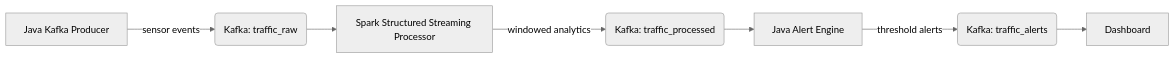
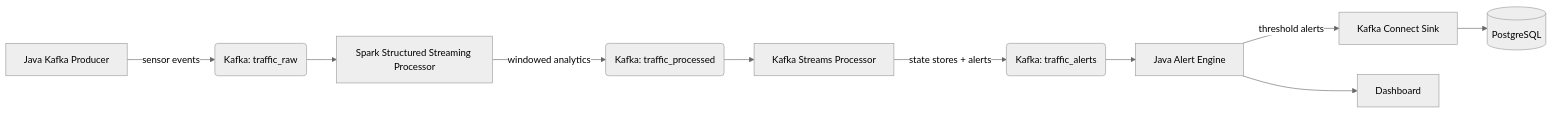
One commit to pbaletkeman/traffic-alerts changed the diagram in README.md. Above: the diagram before and after it, drawn with Mermaid (neutral theme). The commit also changed other lines of this file and 3 other files, not shown here.

````diff
--- a/README.md
+++ b/README.md
@@ -46,9 +50,12 @@
 ```mermaid
 flowchart LR
     A[Java Kafka Producer] -->|sensor events| B(Kafka: traffic_raw)
     B --> C[Spark Structured Streaming Processor]
     C -->|windowed analytics| D(Kafka: traffic_processed)
-    D --> E[Java Alert Engine]
-    E -->|threshold alerts| F(Kafka: traffic_alerts)
-    F --> G[Dashboard]
+    D --> E[Kafka Streams Processor]
+    E -->|state stores + alerts| F(Kafka: traffic_alerts)
+    F --> G[Java Alert Engine]
+    G -->|threshold alerts| H[Kafka Connect Sink]
+    H --> I[(PostgreSQL)]
+    G --> J[Dashboard]
 ```
````
